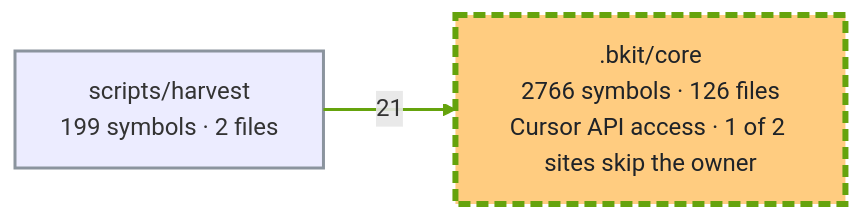
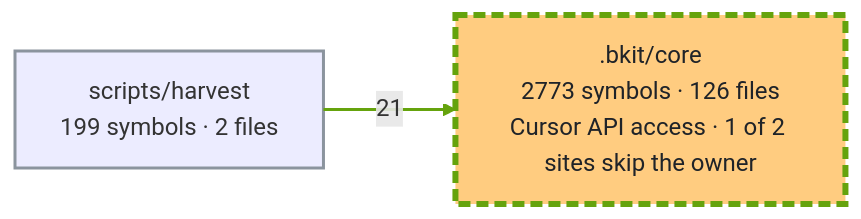
Before and after one commit to cbartens/bkit: the first of 2 diagrams in docs/capabilities.md, drawn with Mermaid. The commit also changed other lines of this file and 32 other files, not shown here.

````diff
--- a/docs/capabilities.md
+++ b/docs/capabilities.md
@@ -150,16 +150,16 @@
 ```mermaid
 ---
 config:
   layout: elk
   flowchart:
     useMaxWidth: false
 ---
 flowchart LR
-  %% Generated by bkit-graphify-rollup.py from b7799cbde96b172598440eb42e8f186427bd50e1 — do not edit
-  n_bkit_core[".bkit/core<br/>2766 symbols · 126 files<br/>Cursor API access · 1 of 2 sites skip the owner"]
+  %% Generated by bkit-graphify-rollup.py from 036d8b1a61da625777b9a2d2576142666384479b — do not edit
+  n_bkit_core[".bkit/core<br/>2773 symbols · 126 files<br/>Cursor API access · 1 of 2 sites skip the owner"]
   nscripts_harvest["scripts/harvest<br/>199 symbols · 2 files"]
   nscripts_harvest -->|21| n_bkit_core
   style n_bkit_core stroke:#65a30d,stroke-width:4px,stroke-dasharray:8 4,fill:#ffcc80,color:#1f2328
   style nscripts_harvest stroke:#8b949e,stroke-width:2px
   linkStyle 0 stroke:#65a30d,stroke-width:2px
 ```
````
